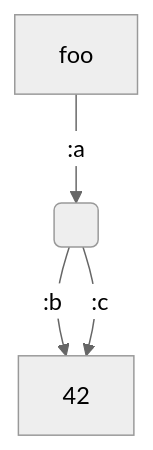
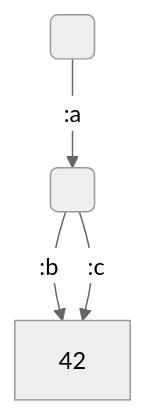
One commit to ekoontz/dag-unify changed the first of 4 diagrams in README.md. Above: the diagram before and after it, drawn with Mermaid (neutral theme). The commit also changed other lines of this file, not shown here.

````diff
--- a/README.md
+++ b/README.md
@@ -49,6 +49,6 @@
 ```mermaid
 graph TD
-    foo --> |:a| B( )
+    X( ) --> |:a| B( )
     B -->|:b| D[42]
     B -->|:c| D
 ```
````
